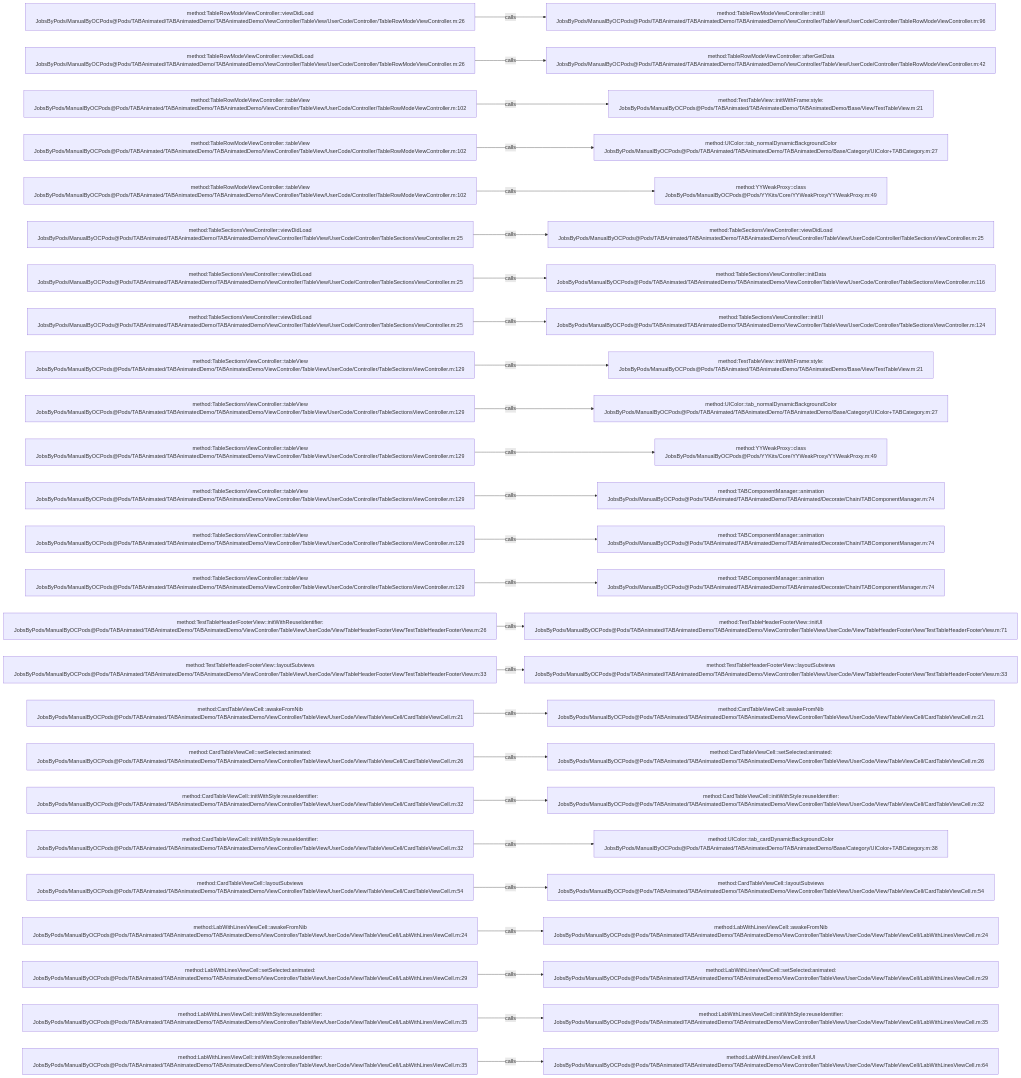
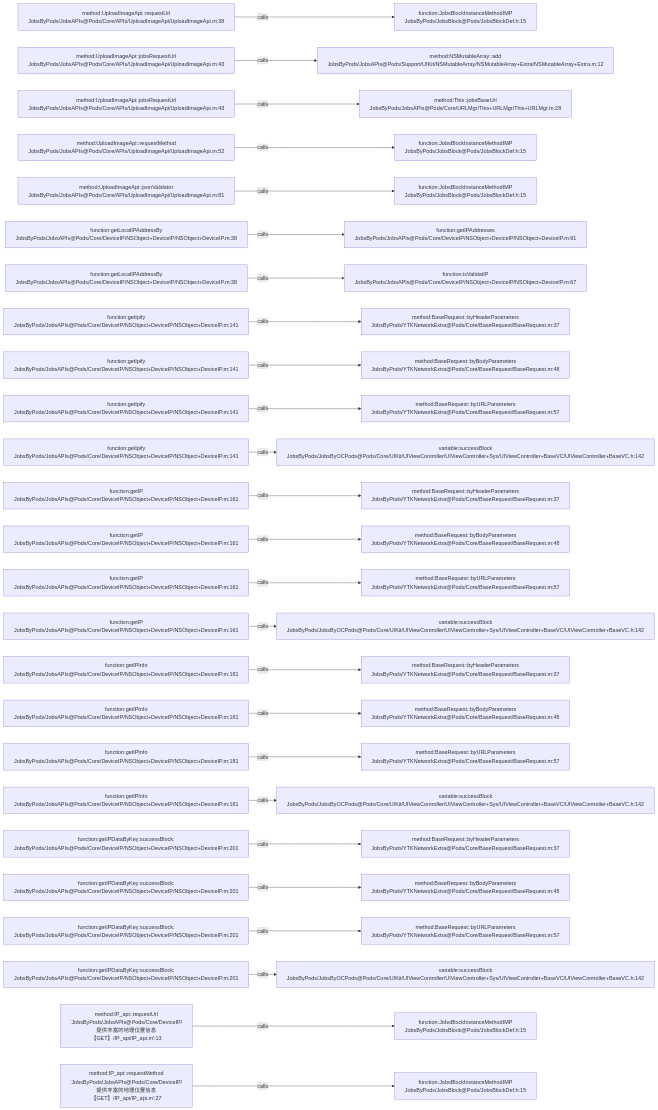
Before and after one commit to JobsKits/JobsOCBaseConfigDemo: the diagram in .codegraph/codegraph.md/graphs/calls-052.md, drawn with Mermaid. The commit also changed 768 other files, not shown here.

````diff
--- a/.codegraph/codegraph.md/graphs/calls-052.md
+++ b/.codegraph/codegraph.md/graphs/calls-052.md
@@ -13,78 +13,78 @@
 ```mermaid
 flowchart LR
-  S1["method:TableRowModeViewController::viewDidLoad<br/>JobsByPods/ManualByOCPods@Pods/TABAnimated/TABAnimatedDemo/TABAnimatedDemo/ViewController/TableView/UserCode/Controller/TableRowModeViewController.m:26"]
-  T1["method:TableRowModeViewController::initUI<br/>JobsByPods/ManualByOCPods@Pods/TABAnimated/TABAnimatedDemo/TABAnimatedDemo/ViewController/TableView/UserCode/Controller/TableRowModeViewController.m:96"]
+  S1["method:UploadImageApi::requestUrl<br/>JobsByPods/JobsAPIs@Pods/Core/APIs/UploadImageApi/UploadImageApi.m:38"]
+  T1["function:JobsBlockInstanceMethodIMP<br/>JobsByPods/JobsBlock@Pods/JobsBlockDef.h:15"]
   S1 -->|calls| T1
-  S2["method:TableRowModeViewController::viewDidLoad<br/>JobsByPods/ManualByOCPods@Pods/TABAnimated/TABAnimatedDemo/TABAnimatedDemo/ViewController/TableView/UserCode/Controller/TableRowModeViewController.m:26"]
-  T2["method:TableRowModeViewController::afterGetData<br/>JobsByPods/ManualByOCPods@Pods/TABAnimated/TABAnimatedDemo/TABAnimatedDemo/ViewController/TableView/UserCode/Controller/TableRowModeViewController.m:42"]
+  S2["method:UploadImageApi::jobsRequestUrl<br/>JobsByPods/JobsAPIs@Pods/Core/APIs/UploadImageApi/UploadImageApi.m:43"]
+  T2["method:NSMutableArray::add<br/>JobsByPods/JobsAPIs@Pods/Support/UIKit/NSMutableArray/NSMutableArray+Extra/NSMutableArray+Extra.m:12"]
   S2 -->|calls| T2
-  S3["method:TableRowModeViewController::tableView<br/>JobsByPods/ManualByOCPods@Pods/TABAnimated/TABAnimatedDemo/TABAnimatedDemo/ViewController/TableView/UserCode/Controller/TableRowModeViewController.m:102"]
-  T3["method:TestTableView::initWithFrame:style:<br/>JobsByPods/ManualByOCPods@Pods/TABAnimated/TABAnimatedDemo/TABAnimatedDemo/Base/View/TestTableView.m:21"]
+  S3["method:UploadImageApi::jobsRequestUrl<br/>JobsByPods/JobsAPIs@Pods/Core/APIs/UploadImageApi/UploadImageApi.m:43"]
+  T3["method:This::jobsBaseUrl<br/>JobsByPods/JobsAPIs@Pods/Core/URLMgr/This+URLMgr/This+URLMgr.m:28"]
   S3 -->|calls| T3
-  S4["method:TableRowModeViewController::tableView<br/>JobsByPods/ManualByOCPods@Pods/TABAnimated/TABAnimatedDemo/TABAnimatedDemo/ViewController/TableView/UserCode/Controller/TableRowModeViewController.m:102"]
-  T4["method:UIColor::tab_normalDynamicBackgroundColor<br/>JobsByPods/ManualByOCPods@Pods/TABAnimated/TABAnimatedDemo/TABAnimatedDemo/Base/Category/UIColor+TABCategory.m:27"]
+  S4["method:UploadImageApi::requestMethod<br/>JobsByPods/JobsAPIs@Pods/Core/APIs/UploadImageApi/UploadImageApi.m:52"]
+  T4["function:JobsBlockInstanceMethodIMP<br/>JobsByPods/JobsBlock@Pods/JobsBlockDef.h:15"]
   S4 -->|calls| T4
-  S5["method:TableRowModeViewController::tableView<br/>JobsByPods/ManualByOCPods@Pods/TABAnimated/TABAnimatedDemo/TABAnimatedDemo/ViewController/TableView/UserCode/Controller/TableRowModeViewController.m:102"]
-  T5["method:YYWeakProxy::class<br/>JobsByPods/ManualByOCPods@Pods/YYKits/Core/YYWeakProxy/YYWeakProxy.m:49"]
+  S5["method:UploadImageApi::jsonValidator<br/>JobsByPods/JobsAPIs@Pods/Core/APIs/UploadImageApi/UploadImageApi.m:81"]
+  T5["function:JobsBlockInstanceMethodIMP<br/>JobsByPods/JobsBlock@Pods/JobsBlockDef.h:15"]
   S5 -->|calls| T5
-  S6["method:TableSectionsViewController::viewDidLoad<br/>JobsByPods/ManualByOCPods@Pods/TABAnimated/TABAnimatedDemo/TABAnimatedDemo/ViewController/TableView/UserCode/Controller/TableSectionsViewController.m:25"]
-  T6["method:TableSectionsViewController::viewDidLoad<br/>JobsByPods/ManualByOCPods@Pods/TABAnimated/TABAnimatedDemo/TABAnimatedDemo/ViewController/TableView/UserCode/Controller/TableSectionsViewController.m:25"]
+  S6["function:getLocalIPAddressBy<br/>JobsByPods/JobsAPIs@Pods/Core/DeviceIP/NSObject+DeviceIP/NSObject+DeviceIP.m:38"]
+  T6["function:getIPAddresses<br/>JobsByPods/JobsAPIs@Pods/Core/DeviceIP/NSObject+DeviceIP/NSObject+DeviceIP.m:91"]
   S6 -->|calls| T6
-  S7["method:TableSectionsViewController::viewDidLoad<br/>JobsByPods/ManualByOCPods@Pods/TABAnimated/TABAnimatedDemo/TABAnimatedDemo/ViewController/TableView/UserCode/Controller/TableSectionsViewController.m:25"]
-  T7["method:TableSectionsViewController::initData<br/>JobsByPods/ManualByOCPods@Pods/TABAnimated/TABAnimatedDemo/TABAnimatedDemo/ViewController/TableView/UserCode/Controller/TableSectionsViewController.m:116"]
+  S7["function:getLocalIPAddressBy<br/>JobsByPods/JobsAPIs@Pods/Core/DeviceIP/NSObject+DeviceIP/NSObject+DeviceIP.m:38"]
+  T7["function:isValidatIP<br/>JobsByPods/JobsAPIs@Pods/Core/DeviceIP/NSObject+DeviceIP/NSObject+DeviceIP.m:67"]
   S7 -->|calls| T7
-  S8["method:TableSectionsViewController::viewDidLoad<br/>JobsByPods/ManualByOCPods@Pods/TABAnimated/TABAnimatedDemo/TABAnimatedDemo/ViewController/TableView/UserCode/Controller/TableSectionsViewController.m:25"]
-  T8["method:TableSectionsViewController::initUI<br/>JobsByPods/ManualByOCPods@Pods/TABAnimated/TABAnimatedDemo/TABAnimatedDemo/ViewController/TableView/UserCode/Controller/TableSectionsViewController.m:124"]
+  S8["function:getIpify<br/>JobsByPods/JobsAPIs@Pods/Core/DeviceIP/NSObject+DeviceIP/NSObject+DeviceIP.m:141"]
+  T8["method:BaseRequest::byHeaderParameters<br/>JobsByPods/YTKNetworkExtra@Pods/Core/BaseRequest/BaseRequest.m:37"]
   S8 -->|calls| T8
-  S9["method:TableSectionsViewController::tableView<br/>JobsByPods/ManualByOCPods@Pods/TABAnimated/TABAnimatedDemo/TABAnimatedDemo/ViewController/TableView/UserCode/Controller/TableSectionsViewController.m:129"]
-  T9["method:TestTableView::initWithFrame:style:<br/>JobsByPods/ManualByOCPods@Pods/TABAnimated/TABAnimatedDemo/TABAnimatedDemo/Base/View/TestTableView.m:21"]
+  S9["function:getIpify<br/>JobsByPods/JobsAPIs@Pods/Core/DeviceIP/NSObject+DeviceIP/NSObject+DeviceIP.m:141"]
+  T9["method:BaseRequest::byBodyParameters<br/>JobsByPods/YTKNetworkExtra@Pods/Core/BaseRequest/BaseRequest.m:48"]
   S9 -->|calls| T9
-  S10["method:TableSectionsViewController::tableView<br/>JobsByPods/ManualByOCPods@Pods/TABAnimated/TABAnimatedDemo/TABAnimatedDemo/ViewController/TableView/UserCode/Controller/TableSectionsViewController.m:129"]
-  T10["method:UIColor::tab_normalDynamicBackgroundColor<br/>JobsByPods/ManualByOCPods@Pods/TABAnimated/TABAnimatedDemo/TABAnimatedDemo/Base/Category/UIColor+TABCategory.m:27"]
+  S10["function:getIpify<br/>JobsByPods/JobsAPIs@Pods/Core/DeviceIP/NSObject+DeviceIP/NSObject+DeviceIP.m:141"]
+  T10["method:BaseRequest::byURLParameters<br/>JobsByPods/YTKNetworkExtra@Pods/Core/BaseRequest/BaseRequest.m:57"]
   S10 -->|calls| T10
-  S11["method:TableSectionsViewController::tableView<br/>JobsByPods/ManualByOCPods@Pods/TABAnimated/TABAnimatedDemo/TABAnimatedDemo/ViewController/TableView/UserCode/Controller/TableSectionsViewController.m:129"]
-  T11["method:YYWeakProxy::class<br/>JobsByPods/ManualByOCPods@Pods/YYKits/Core/YYWeakProxy/YYWeakProxy.m:49"]
+  S11["function:getIpify<br/>JobsByPods/JobsAPIs@Pods/Core/DeviceIP/NSObject+DeviceIP/NSObject+DeviceIP.m:141"]
+  T11["variable:successBlock<br/>JobsByPods/JobsByOCPods@Pods/Core/UIKit/UIViewController/UIViewController+Sys/UIViewController+BaseVC/UIViewController+BaseVC.h:142"]
   S11 -->|calls| T11
-  S12["method:TableSectionsViewController::tableView<br/>JobsByPods/ManualByOCPods@Pods/TABAnimated/TABAnimatedDemo/TABAnimatedDemo/ViewController/TableView/UserCode/Controller/TableSectionsViewController.m:129"]
-  T12["method:TABComponentManager::animation<br/>JobsByPods/ManualByOCPods@Pods/TABAnimated/TABAnimatedDemo/TABAnimated/Decorate/Chain/TABComponentManager.m:74"]
+  S12["function:getIP<br/>JobsByPods/JobsAPIs@Pods/Core/DeviceIP/NSObject+DeviceIP/NSObject+DeviceIP.m:161"]
+  T12["method:BaseRequest::byHeaderParameters<br/>JobsByPods/YTKNetworkExtra@Pods/Core/BaseRequest/BaseRequest.m:37"]
   S12 -->|calls| T12
-  S13["method:TableSectionsViewController::tableView<br/>JobsByPods/ManualByOCPods@Pods/TABAnimated/TABAnimatedDemo/TABAnimatedDemo/ViewController/TableView/UserCode/Controller/TableSectionsViewController.m:129"]
-  T13["method:TABComponentManager::animation<br/>JobsByPods/ManualByOCPods@Pods/TABAnimated/TABAnimatedDemo/TABAnimated/Decorate/Chain/TABComponentManager.m:74"]
+  S13["function:getIP<br/>JobsByPods/JobsAPIs@Pods/Core/DeviceIP/NSObject+DeviceIP/NSObject+DeviceIP.m:161"]
+  T13["method:BaseRequest::byBodyParameters<br/>JobsByPods/YTKNetworkExtra@Pods/Core/BaseRequest/BaseRequest.m:48"]
   S13 -->|calls| T13
-  S14["method:TableSectionsViewController::tableView<br/>JobsByPods/ManualByOCPods@Pods/TABAnimated/TABAnimatedDemo/TABAnimatedDemo/ViewController/TableView/UserCode/Controller/TableSectionsViewController.m:129"]
-  T14["method:TABComponentManager::animation<br/>JobsByPods/ManualByOCPods@Pods/TABAnimated/TABAnimatedDemo/TABAnimated/Decorate/Chain/TABComponentManager.m:74"]
+  S14["function:getIP<br/>JobsByPods/JobsAPIs@Pods/Core/DeviceIP/NSObject+DeviceIP/NSObject+DeviceIP.m:161"]
+  T14["method:BaseRequest::byURLParameters<br/>JobsByPods/YTKNetworkExtra@Pods/Core/BaseRequest/BaseRequest.m:57"]
   S14 -->|calls| T14
-  S15["method:TestTableHeaderFooterView::initWithReuseIdentifier:<br/>JobsByPods/ManualByOCPods@Pods/TABAnimated/TABAnimatedDemo/TABAnimatedDemo/ViewController/TableView/UserCode/View/TableHeaderFooterView/TestTableHeaderFooterView.m:26"]
-  T15["method:TestTableHeaderFooterView::initUI<br/>JobsByPods/ManualByOCPods@Pods/TABAnimated/TABAnimatedDemo/TABAnimatedDemo/ViewController/TableView/UserCode/View/TableHeaderFooterView/TestTableHeaderFooterView.m:71"]
+  S15["function:getIP<br/>JobsByPods/JobsAPIs@Pods/Core/DeviceIP/NSObject+DeviceIP/NSObject+DeviceIP.m:161"]
+  T15["variable:successBlock<br/>JobsByPods/JobsByOCPods@Pods/Core/UIKit/UIViewController/UIViewController+Sys/UIViewController+BaseVC/UIViewController+BaseVC.h:142"]
   S15 -->|calls| T15
-  S16["method:TestTableHeaderFooterView::layoutSubviews<br/>JobsByPods/ManualByOCPods@Pods/TABAnimated/TABAnimatedDemo/TABAnimatedDemo/ViewController/TableView/UserCode/View/TableHeaderFooterView/TestTableHeaderFooterView.m:33"]
-  T16["method:TestTableHeaderFooterView::layoutSubviews<br/>JobsByPods/ManualByOCPods@Pods/TABAnimated/TABAnimatedDemo/TABAnimatedDemo/ViewController/TableView/UserCode/View/TableHeaderFooterView/TestTableHeaderFooterView.m:33"]
+  S16["function:getIPInfo<br/>JobsByPods/JobsAPIs@Pods/Core/DeviceIP/NSObject+DeviceIP/NSObject+DeviceIP.m:181"]
+  T16["method:BaseRequest::byHeaderParameters<br/>JobsByPods/YTKNetworkExtra@Pods/Core/BaseRequest/BaseRequest.m:37"]
   S16 -->|calls| T16
-  S17["method:CardTableViewCell::awakeFromNib<br/>JobsByPods/ManualByOCPods@Pods/TABAnimated/TABAnimatedDemo/TABAnimatedDemo/ViewController/TableView/UserCode/View/TableViewCell/CardTableViewCell.m:21"]
-  T17["method:CardTableViewCell::awakeFromNib<br/>JobsByPods/ManualByOCPods@Pods/TABAnimated/TABAnimatedDemo/TABAnimatedDemo/ViewController/TableView/UserCode/View/TableViewCell/CardTableViewCell.m:21"]
+  S17["function:getIPInfo<br/>JobsByPods/JobsAPIs@Pods/Core/DeviceIP/NSObject+DeviceIP/NSObject+DeviceIP.m:181"]
+  T17["method:BaseRequest::byBodyParameters<br/>JobsByPods/YTKNetworkExtra@Pods/Core/BaseRequest/BaseRequest.m:48"]
   S17 -->|calls| T17
-  S18["method:CardTableViewCell::setSelected:animated:<br/>JobsByPods/ManualByOCPods@Pods/TABAnimated/TABAnimatedDemo/TABAnimatedDemo/ViewController/TableView/UserCode/View/TableViewCell/CardTableViewCell.m:26"]
-  T18["method:CardTableViewCell::setSelected:animated:<br/>JobsByPods/ManualByOCPods@Pods/TABAnimated/TABAnimatedDemo/TABAnimatedDemo/ViewController/TableView/UserCode/View/TableViewCell/CardTableViewCell.m:26"]
+  S18["function:getIPInfo<br/>JobsByPods/JobsAPIs@Pods/Core/DeviceIP/NSObject+DeviceIP/NSObject+DeviceIP.m:181"]
+  T18["method:BaseRequest::byURLParameters<br/>JobsByPods/YTKNetworkExtra@Pods/Core/BaseRequest/BaseRequest.m:57"]
   S18 -->|calls| T18
-  S19["method:CardTableViewCell::initWithStyle:reuseIdentifier:<br/>JobsByPods/ManualByOCPods@Pods/TABAnimated/TABAnimatedDemo/TABAnimatedDemo/ViewController/TableView/UserCode/View/TableViewCell/CardTableViewCell.m:32"]
-  T19["method:CardTableViewCell::initWithStyle:reuseIdentifier:<br/>JobsByPods/ManualByOCPods@Pods/TABAnimated/TABAnimatedDemo/TABAnimatedDemo/ViewController/TableView/UserCode/View/TableViewCell/CardTableViewCell.m:32"]
+  S19["function:getIPInfo<br/>JobsByPods/JobsAPIs@Pods/Core/DeviceIP/NSObject+DeviceIP/NSObject+DeviceIP.m:181"]
+  T19["variable:successBlock<br/>JobsByPods/JobsByOCPods@Pods/Core/UIKit/UIViewController/UIViewController+Sys/UIViewController+BaseVC/UIViewController+BaseVC.h:142"]
   S19 -->|calls| T19
-  S20["method:CardTableViewCell::initWithStyle:reuseIdentifier:<br/>JobsByPods/ManualByOCPods@Pods/TABAnimated/TABAnimatedDemo/TABAnimatedDemo/ViewController/TableView/UserCode/View/TableViewCell/CardTableViewCell.m:32"]
-  T20["method:UIColor::tab_cardDynamicBackgroundColor<br/>JobsByPods/ManualByOCPods@Pods/TABAnimated/TABAnimatedDemo/TABAnimatedDemo/Base/Category/UIColor+TABCategory.m:38"]
+  S20["function:getIPDataByKey:successBlock:<br/>JobsByPods/JobsAPIs@Pods/Core/DeviceIP/NSObject+DeviceIP/NSObject+DeviceIP.m:201"]
+  T20["method:BaseRequest::byHeaderParameters<br/>JobsByPods/YTKNetworkExtra@Pods/Core/BaseRequest/BaseRequest.m:37"]
   S20 -->|calls| T20
-  S21["method:CardTableViewCell::layoutSubviews<br/>JobsByPods/ManualByOCPods@Pods/TABAnimated/TABAnimatedDemo/TABAnimatedDemo/ViewController/TableView/UserCode/View/TableViewCell/CardTableViewCell.m:54"]
-  T21["method:CardTableViewCell::layoutSubviews<br/>JobsByPods/ManualByOCPods@Pods/TABAnimated/TABAnimatedDemo/TABAnimatedDemo/ViewController/TableView/UserCode/View/TableViewCell/CardTableViewCell.m:54"]
+  S21["function:getIPDataByKey:successBlock:<br/>JobsByPods/JobsAPIs@Pods/Core/DeviceIP/NSObject+DeviceIP/NSObject+DeviceIP.m:201"]
+  T21["method:BaseRequest::byBodyParameters<br/>JobsByPods/YTKNetworkExtra@Pods/Core/BaseRequest/BaseRequest.m:48"]
   S21 -->|calls| T21
-  S22["method:LabWithLinesViewCell::awakeFromNib<br/>JobsByPods/ManualByOCPods@Pods/TABAnimated/TABAnimatedDemo/TABAnimatedDemo/ViewController/TableView/UserCode/View/TableViewCell/LabWithLinesViewCell.m:24"]
-  T22["method:LabWithLinesViewCell::awakeFromNib<br/>JobsByPods/ManualByOCPods@Pods/TABAnimated/TABAnimatedDemo/TABAnimatedDemo/ViewController/TableView/UserCode/View/TableViewCell/LabWithLinesViewCell.m:24"]
+  S22["function:getIPDataByKey:successBlock:<br/>JobsByPods/JobsAPIs@Pods/Core/DeviceIP/NSObject+DeviceIP/NSObject+DeviceIP.m:201"]
+  T22["method:BaseRequest::byURLParameters<br/>JobsByPods/YTKNetworkExtra@Pods/Core/BaseRequest/BaseRequest.m:57"]
   S22 -->|calls| T22
-  S23["method:LabWithLinesViewCell::setSelected:animated:<br/>JobsByPods/ManualByOCPods@Pods/TABAnimated/TABAnimatedDemo/TABAnimatedDemo/ViewController/TableView/UserCode/View/TableViewCell/LabWithLinesViewCell.m:29"]
-  T23["method:LabWithLinesViewCell::setSelected:animated:<br/>JobsByPods/ManualByOCPods@Pods/TABAnimated/TABAnimatedDemo/TABAnimatedDemo/ViewController/TableView/UserCode/View/TableViewCell/LabWithLinesViewCell.m:29"]
+  S23["function:getIPDataByKey:successBlock:<br/>JobsByPods/JobsAPIs@Pods/Core/DeviceIP/NSObject+DeviceIP/NSObject+DeviceIP.m:201"]
+  T23["variable:successBlock<br/>JobsByPods/JobsByOCPods@Pods/Core/UIKit/UIViewController/UIViewController+Sys/UIViewController+BaseVC/UIViewController+BaseVC.h:142"]
   S23 -->|calls| T23
-  S24["method:LabWithLinesViewCell::initWithStyle:reuseIdentifier:<br/>JobsByPods/ManualByOCPods@Pods/TABAnimated/TABAnimatedDemo/TABAnimatedDemo/ViewController/TableView/UserCode/View/TableViewCell/LabWithLinesViewCell.m:35"]
-  T24["method:LabWithLinesViewCell::initWithStyle:reuseIdentifier:<br/>JobsByPods/ManualByOCPods@Pods/TABAnimated/TABAnimatedDemo/TABAnimatedDemo/ViewController/TableView/UserCode/View/TableViewCell/LabWithLinesViewCell.m:35"]
+  S24["method:IP_api::requestUrl<br/>'JobsByPods/JobsAPIs@Pods/Core/DeviceIP/提供丰富的地理位置信息【GET】/IP_api/IP_api.m':13"]
+  T24["function:JobsBlockInstanceMethodIMP<br/>JobsByPods/JobsBlock@Pods/JobsBlockDef.h:15"]
   S24 -->|calls| T24
-  S25["method:LabWithLinesViewCell::initWithStyle:reuseIdentifier:<br/>JobsByPods/ManualByOCPods@Pods/TABAnimated/TABAnimatedDemo/TABAnimatedDemo/ViewController/TableView/UserCode/View/TableViewCell/LabWithLinesViewCell.m:35"]
-  T25["method:LabWithLinesViewCell::initUI<br/>JobsByPods/ManualByOCPods@Pods/TABAnimated/TABAnimatedDemo/TABAnimatedDemo/ViewController/TableView/UserCode/View/TableViewCell/LabWithLinesViewCell.m:64"]
+  S25["method:IP_api::requestMethod<br/>'JobsByPods/JobsAPIs@Pods/Core/DeviceIP/提供丰富的地理位置信息【GET】/IP_api/IP_api.m':27"]
+  T25["function:JobsBlockInstanceMethodIMP<br/>JobsByPods/JobsBlock@Pods/JobsBlockDef.h:15"]
   S25 -->|calls| T25
 ```
````
